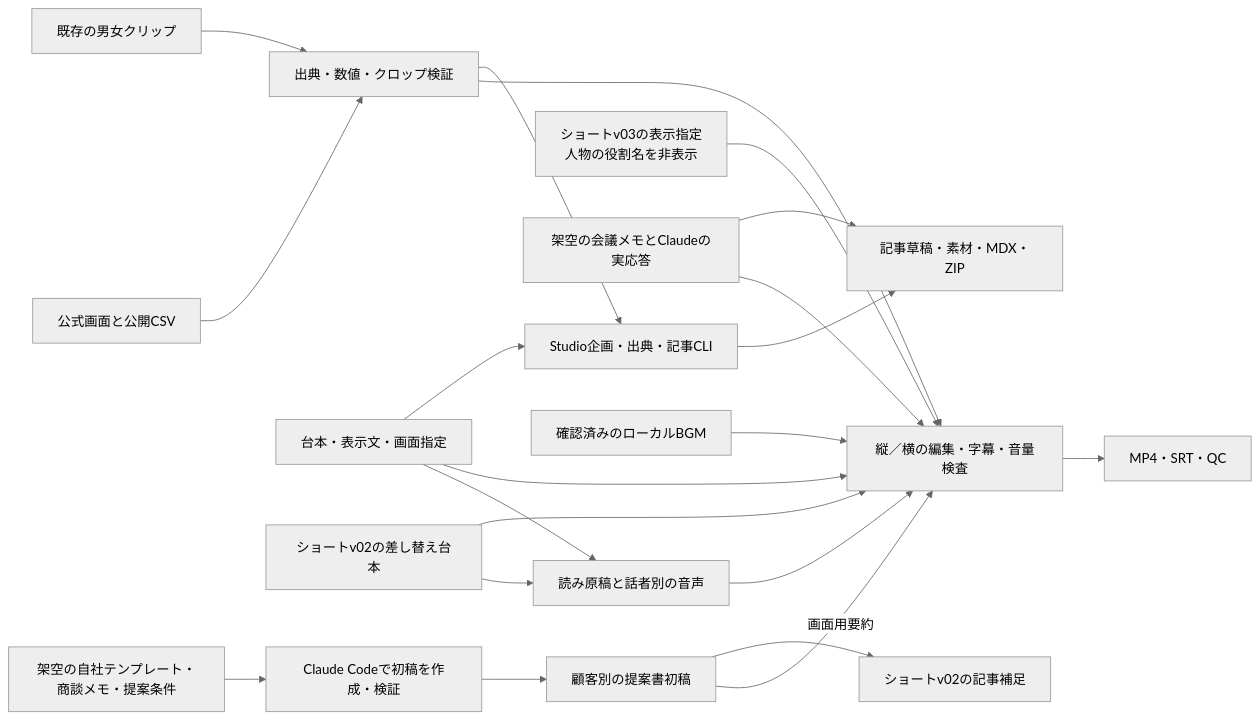
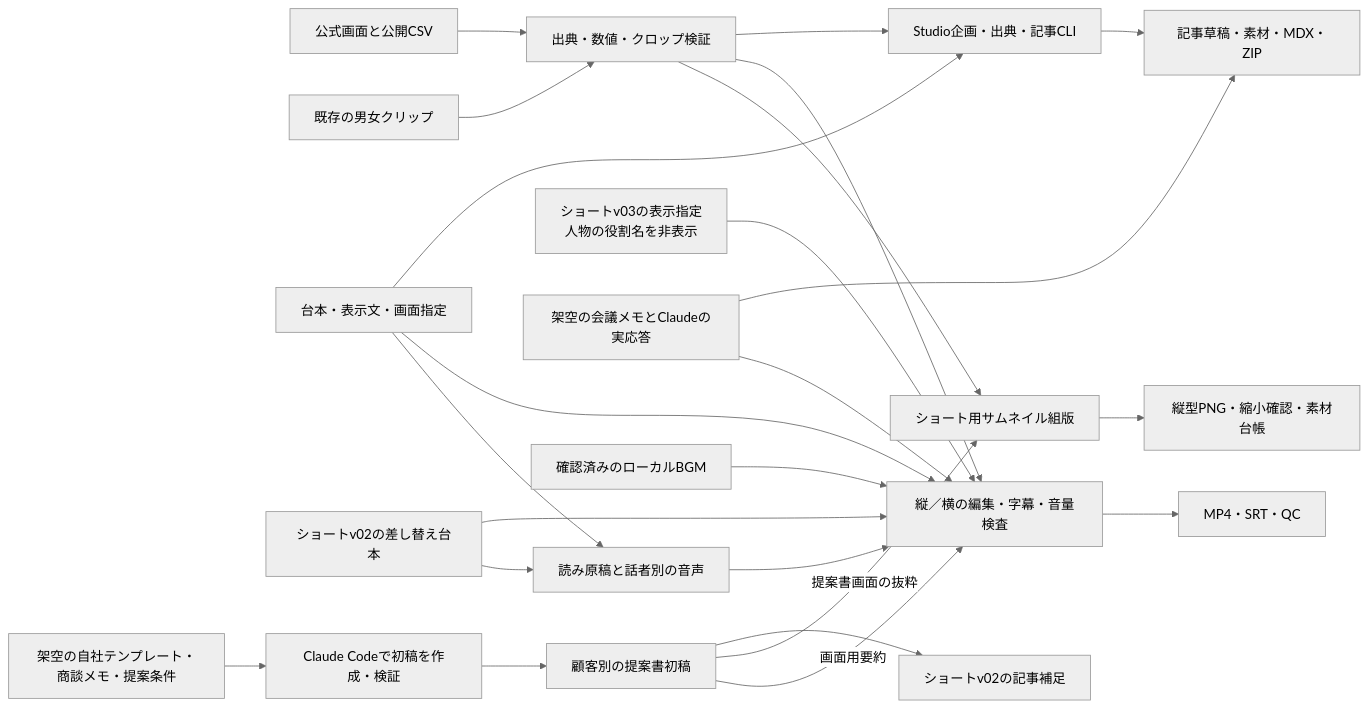
Before and after one commit to benriworks/MiniMax-H3: the diagram in productions/content-projects/CONTENT_20261117_japan_ai_usage/ARCHITECTURE_DIAGRAM.md, drawn with Mermaid (neutral theme). The commit also changed 7 other files, not shown here.

````diff
--- a/productions/content-projects/CONTENT_20261117_japan_ai_usage/ARCHITECTURE_DIAGRAM.md
+++ b/productions/content-projects/CONTENT_20261117_japan_ai_usage/ARCHITECTURE_DIAGRAM.md
@@ -3,23 +3,26 @@
 ```mermaid
 flowchart LR
     Sources["公式画面と公開CSV"] --> Prepare["出典・数値・クロップ検証"]
     Legacy["既存の男女クリップ"] --> Prepare
     Story["台本・表示文・画面指定"] --> Voice["読み原稿と話者別の音声"]
     RevisedStory["ショートv02の差し替え台本"] --> Voice
     RevisedStory --> Render
     ShortV03["ショートv03の表示指定<br/>人物の役割名を非表示"] --> Render
     Story --> Render["縦／横の編集・字幕・音量検査"]
     Demo["架空の会議メモとClaudeの実応答"] --> Render
     ProposalInputs["架空の自社テンプレート・商談メモ・提案条件"] --> Agent["Claude Codeで初稿を作成・検証"]
     Agent --> Draft["顧客別の提案書初稿"]
     Draft -->|画面用要約| Render
+    Prepare --> Thumbnail["ショート用サムネイル組版"]
+    Draft -->|提案書画面の抜粋| Thumbnail
+    Thumbnail --> ThumbnailImage["縦型PNG・縮小確認・素材台帳"]
     Voice --> Render
     Prepare --> Render
     Music["確認済みのローカルBGM"] --> Render
     Render --> Video["MP4・SRT・QC"]
     Prepare --> Studio["Studio企画・出典・記事CLI"]
     Story --> Studio
     Studio --> Article["記事草稿・素材・MDX・ZIP"]
     Demo --> Article
     Draft --> ArticleSupplement["ショートv02の記事補足"]
 ```
````
